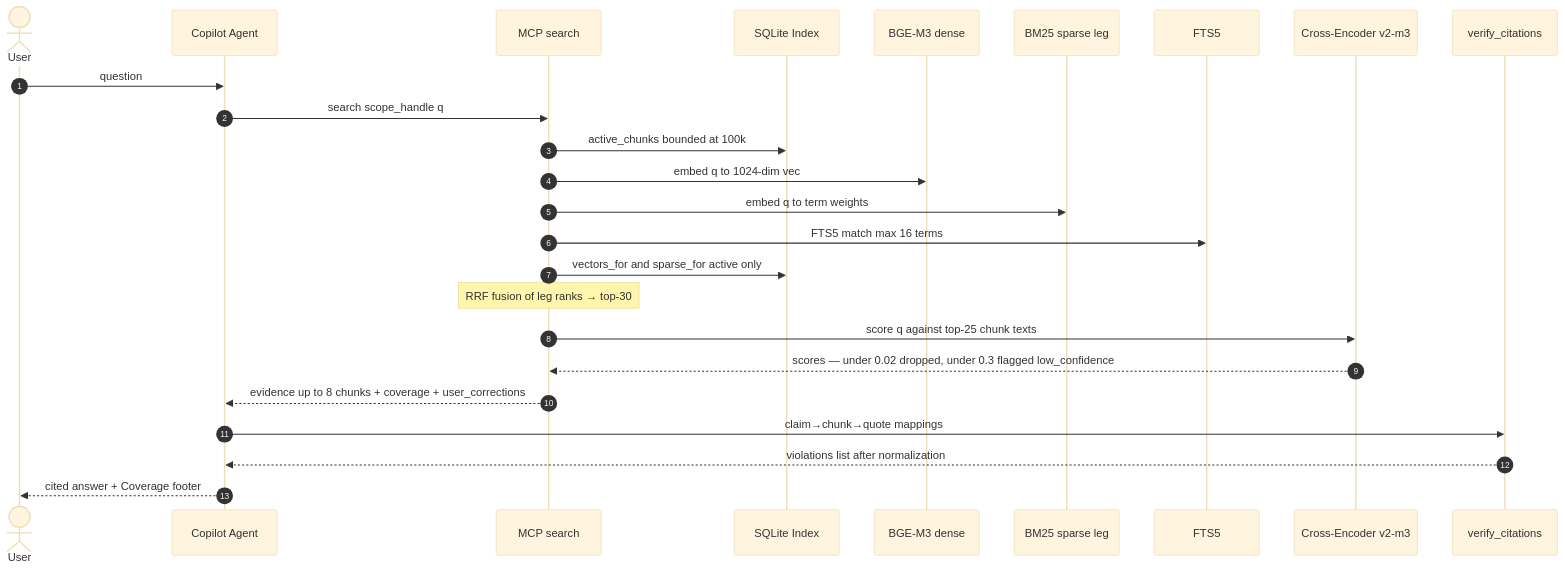
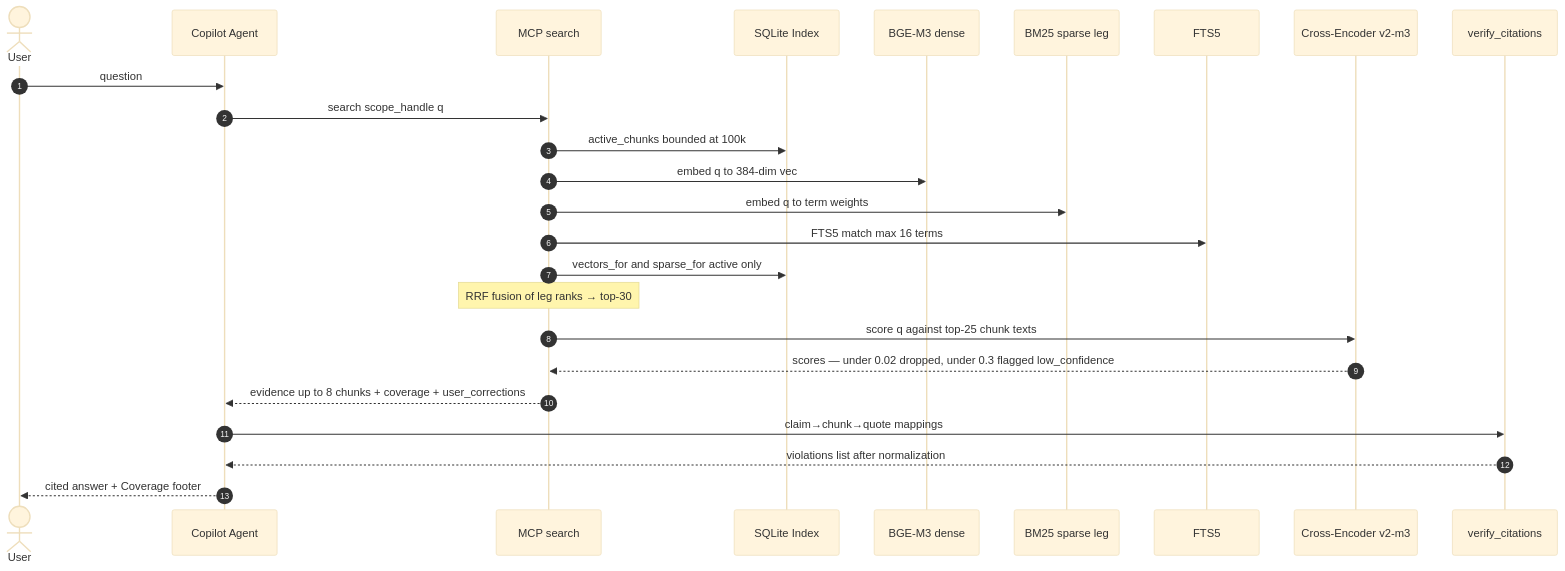
The first of 5 diagrams in docs/knowledge-agent-tdd.md (nkunal1992/agents), drawn with Mermaid (base theme) before and after one commit. The commit also changed other lines of this file and 26 other files, not shown here.

````diff
--- a/docs/knowledge-agent-tdd.md
+++ b/docs/knowledge-agent-tdd.md
@@ -110,28 +110,28 @@
 ```mermaid
 sequenceDiagram
     autonumber
     actor U as User
     participant A as Copilot Agent
     participant S as MCP search
     participant I as SQLite Index
     participant D as BGE-M3 dense
     participant B as BM25 sparse leg
     participant F as FTS5
     participant R as Cross-Encoder v2-m3
     participant V as verify_citations
 
     U->>A: question
     A->>S: search scope_handle q
     S->>I: active_chunks bounded at 100k
-    S->>D: embed q to 1024-dim vec
+    S->>D: embed q to 384-dim vec
     S->>B: embed q to term weights
     S->>F: FTS5 match max 16 terms
     S->>I: vectors_for and sparse_for active only
     Note over S: RRF fusion of leg ranks → top-30
     S->>R: score q against top-25 chunk texts
     R-->>S: scores — under 0.02 dropped, under 0.3 flagged low_confidence
     S-->>A: evidence up to 8 chunks + coverage + user_corrections
     A->>V: claim→chunk→quote mappings
     V-->>A: violations list after normalization
     A-->>U: cited answer + Coverage footer
 ```
````
